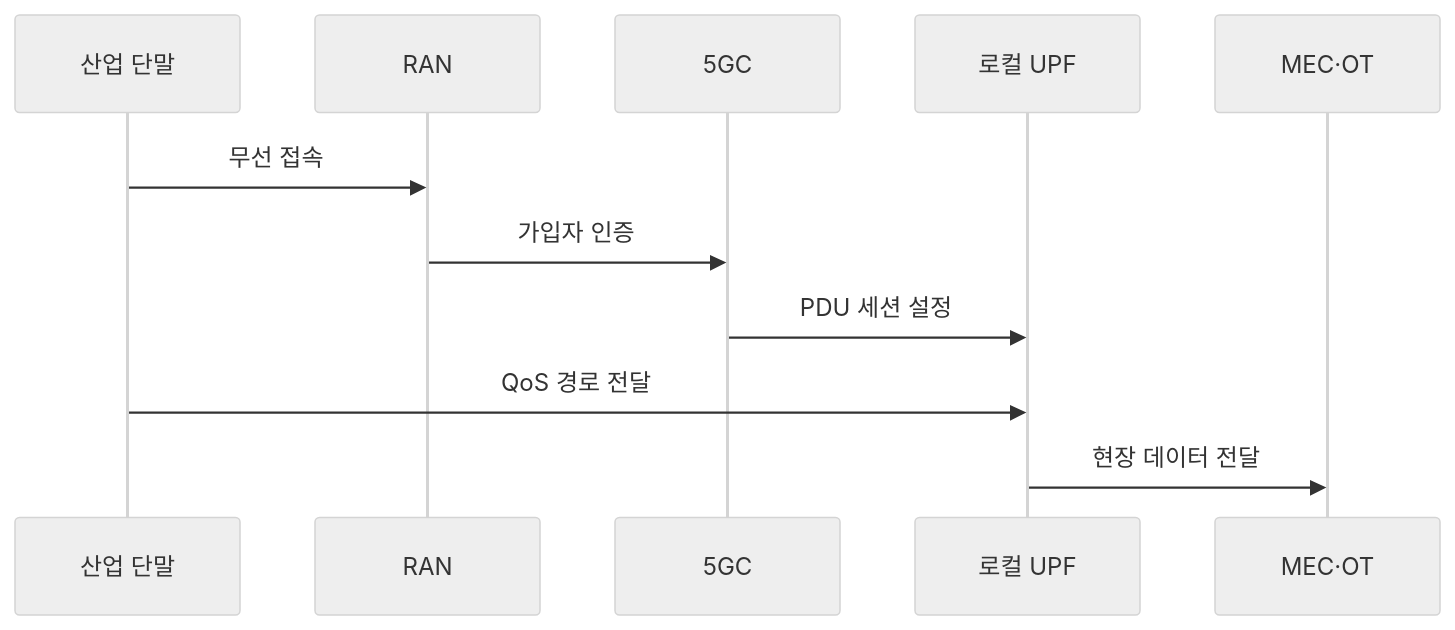
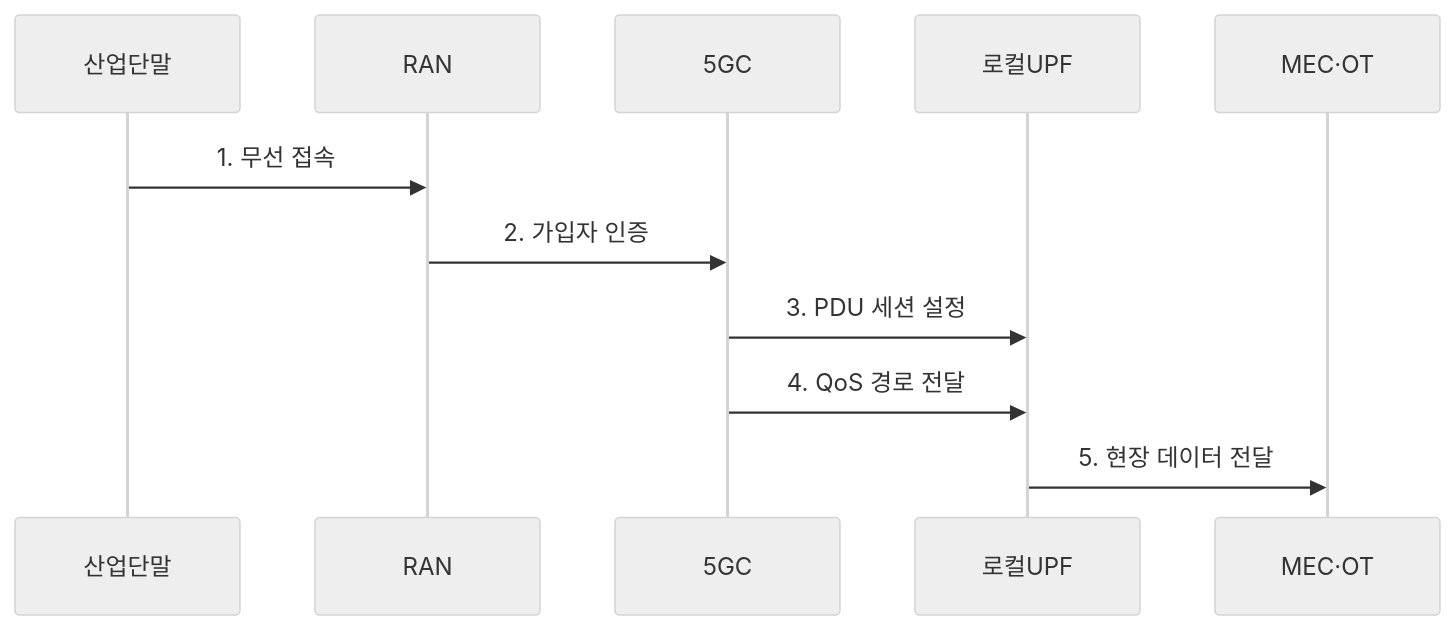
The second of 2 diagrams in src/content/docs/notes/04-network/041_private_5g_local_5g.md (agnusdei1207/knowledge-base), drawn with Mermaid (neutral theme) before and after one commit. The commit also changed other lines of this file and 20 other files, not shown here.

````diff
--- a/src/content/docs/notes/04-network/041_private_5g_local_5g.md
+++ b/src/content/docs/notes/04-network/041_private_5g_local_5g.md
@@ -89,13 +84,13 @@
 ```mermaid
 sequenceDiagram
-    participant UE as 산업 단말
+    participant 산업단말
     participant RAN
-    participant C as 5GC
-    participant U as 로컬 UPF
-    participant E as MEC·OT
-    UE->>RAN: 무선 접속
-    RAN->>C: 가입자 인증
-    C->>U: PDU 세션 설정
-    UE->>U: QoS 경로 전달
-    U->>E: 현장 데이터 전달
+    participant 5GC
+    participant 로컬UPF
+    participant MEC·OT
+    산업단말->>RAN: 1. 무선 접속
+    RAN->>5GC: 2. 가입자 인증
+    5GC->>로컬UPF: 3. PDU 세션 설정
+    5GC->>로컬UPF: 4. QoS 경로 전달
+    로컬UPF->>MEC·OT: 5. 현장 데이터 전달
 ```
````
